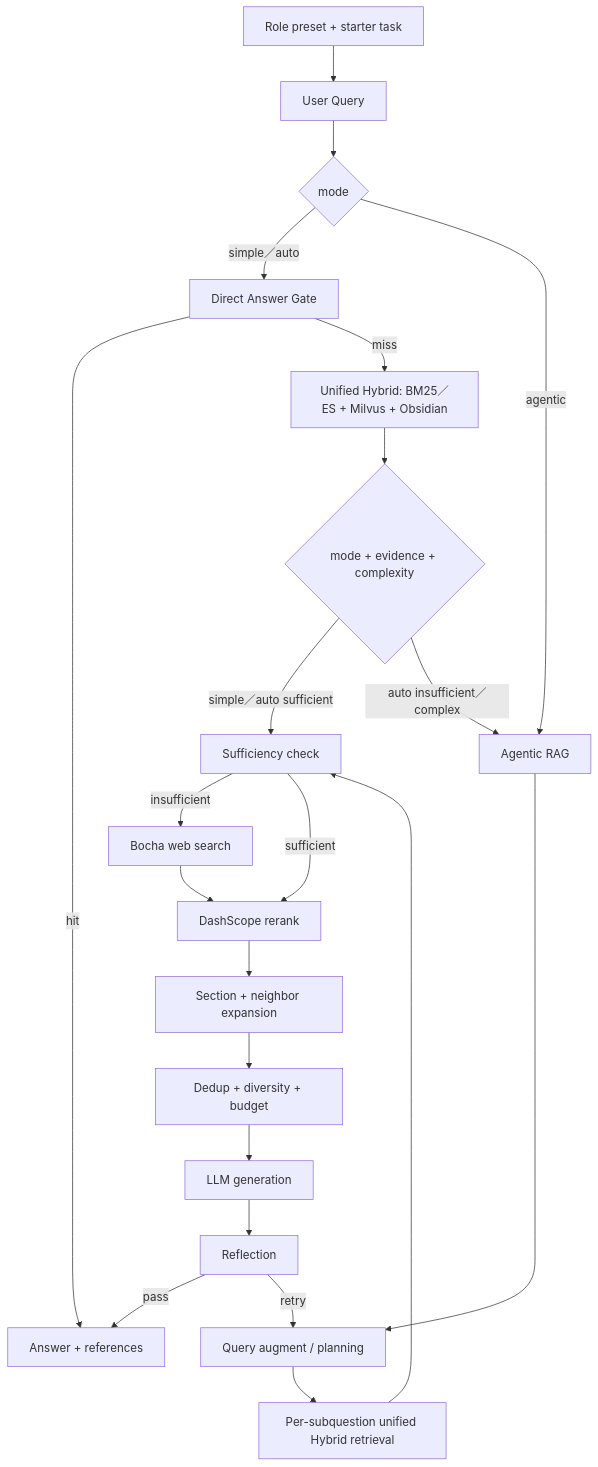
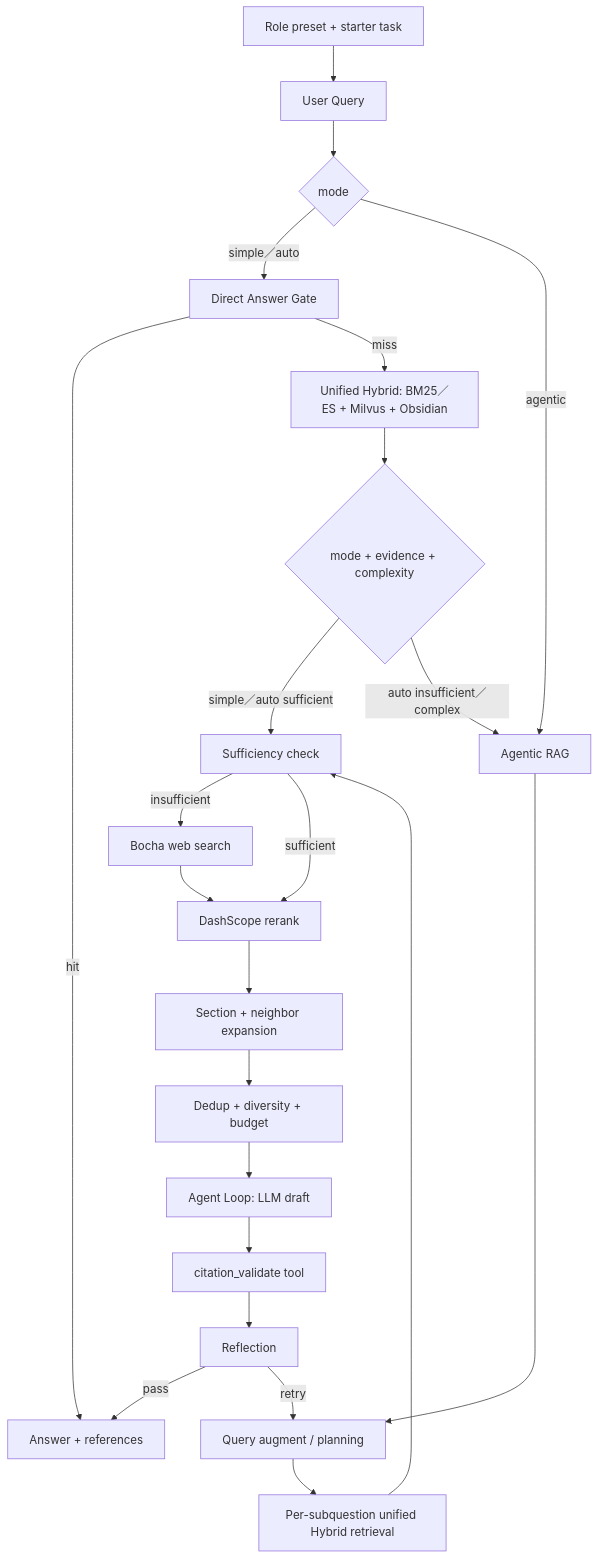
One commit to monstereatai/RAG changed the third of 3 diagrams in docs/architecture/ARCHITECTURE.md. Above: the diagram before and after it, drawn with Mermaid. The commit also changed other lines of this file and 17 other files, not shown here.

````diff
--- a/docs/architecture/ARCHITECTURE.md
+++ b/docs/architecture/ARCHITECTURE.md
@@ -134,24 +134,25 @@
 ```mermaid
 flowchart TD
   Q["User Query"] --> Mode{"mode"}
   Role["Role preset + starter task"] --> Q
   Mode -->|simple／auto| Direct["Direct Answer Gate"]
   Direct -->|hit| Final["Answer + references"]
   Direct -->|miss| Retrieve["Unified Hybrid: BM25／ES + Milvus + Obsidian"]
   Mode -->|agentic| Agentic["Agentic RAG"]
   Retrieve --> Router{"mode + evidence + complexity"}
   Router -->|simple／auto sufficient| Sufficiency["Sufficiency check"]
   Router -->|auto insufficient／complex| Agentic
   Agentic --> Plan["Query augment / planning"]
   Plan --> AgentRetrieve["Per-subquestion unified Hybrid retrieval"]
   AgentRetrieve --> Sufficiency
   Sufficiency -->|insufficient| Web["Bocha web search"]
   Sufficiency -->|sufficient| Rerank["DashScope rerank"]
   Web --> Rerank
   Rerank --> Expand["Section + neighbor expansion"]
   Expand --> Context["Dedup + diversity + budget"]
-  Context --> Generate["LLM generation"]
-  Generate --> Reflect["Reflection"]
+  Context --> Generate["Agent Loop: LLM draft"]
+  Generate --> CitationTool["citation_validate tool"]
+  CitationTool --> Reflect["Reflection"]
   Reflect -->|pass| Final
   Reflect -->|retry| Plan
 ```
````
